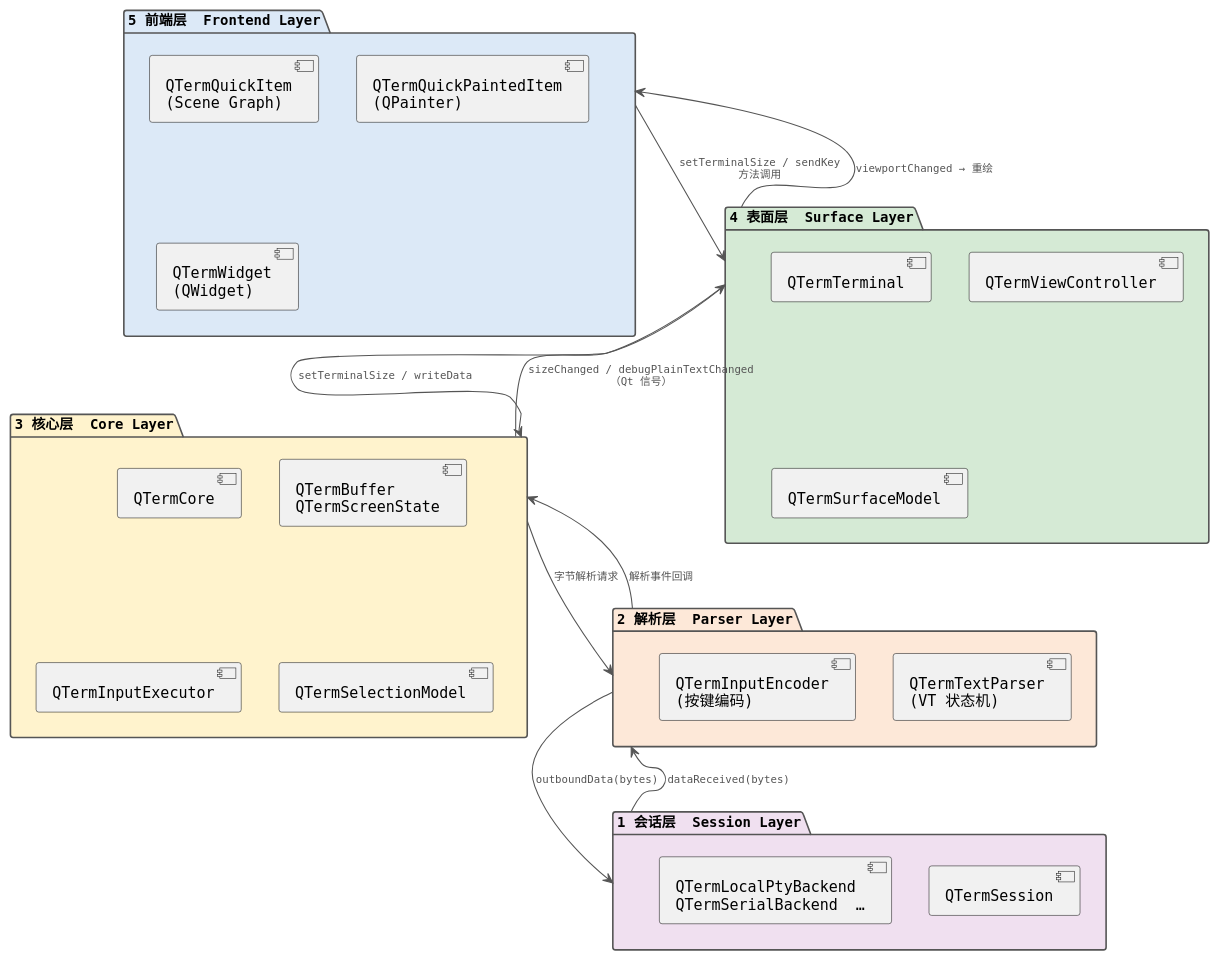
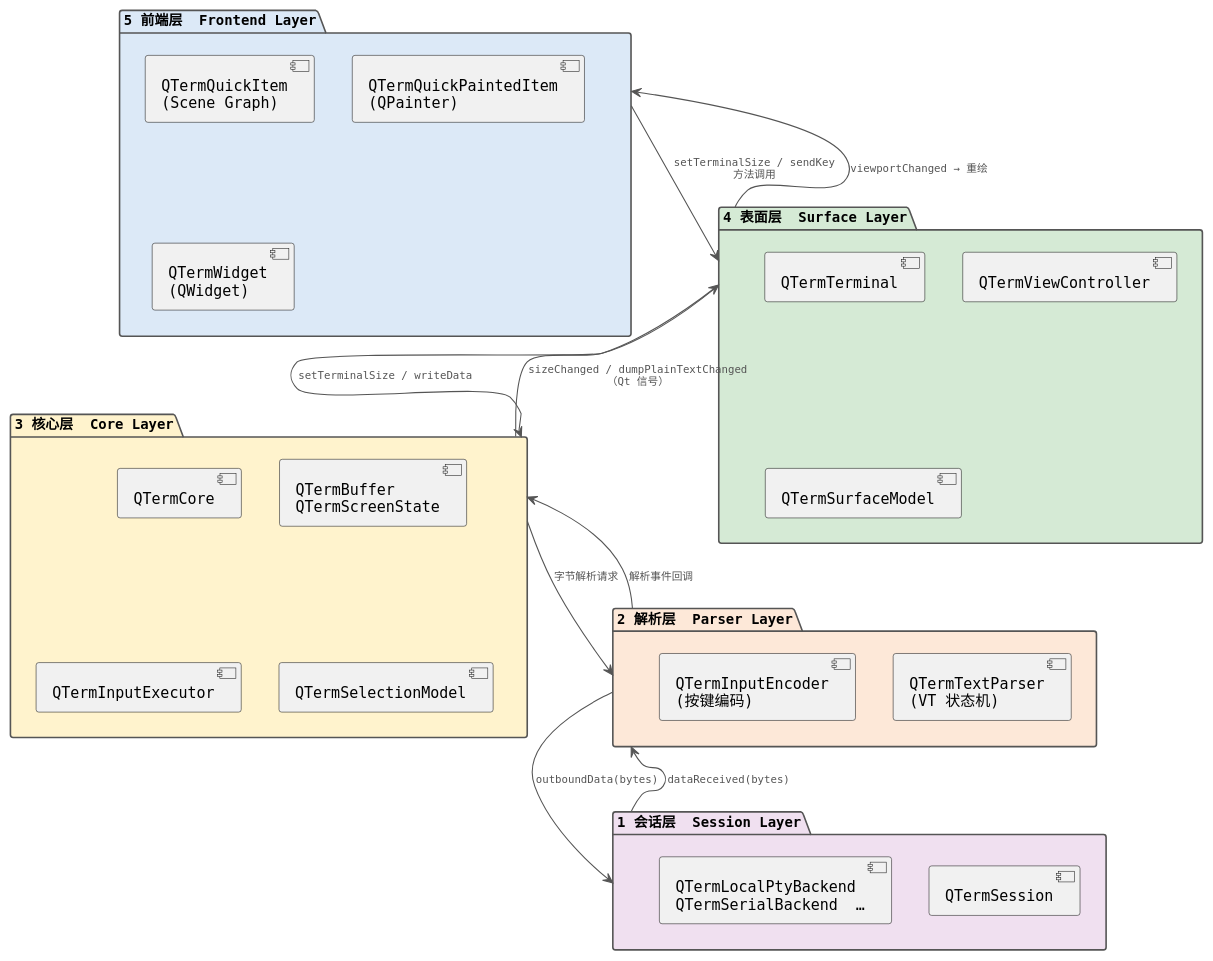
Before and after one commit to JunchongTang/qterm: the diagram in docs/architecture/overview.md, drawn with PlantUML. The commit also changed other lines of this file and 14 other files, not shown here.

First line of the commit message:
refactor: rename debugPlainText to dumpPlainText across the codebase

````diff
--- a/docs/architecture/overview.md
+++ b/docs/architecture/overview.md
@@ -5,54 +5,54 @@
 ```plantuml
 @startuml qterm-architecture
 skinparam {
     BackgroundColor transparent
     DefaultFontName monospaced
     PackageBorderColor #555
     PackageFontStyle bold
     PackageFontSize 13
     NoteFontSize 11
     ArrowColor #555
     ArrowFontSize 10
     ArrowFontColor #555
 }
 
 package "5 前端层  Frontend Layer" as FE #dce9f7 {
     component "QTermQuickItem\n(Scene Graph)" as QSG
     component "QTermQuickPaintedItem\n(QPainter)" as QPainted
     component "QTermWidget\n(QWidget)" as QWidget
 }
 
 package "4 表面层  Surface Layer" as SU #d5ead5 {
     component "QTermTerminal" as Terminal
     component "QTermViewController" as VC
     component "QTermSurfaceModel" as SM
 }
 
 package "3 核心层  Core Layer" as CO #fff3cd {
     component "QTermCore" as Core
     component "QTermBuffer\nQTermScreenState" as Buffer
     component "QTermInputExecutor" as Executor
     component "QTermSelectionModel" as Selection
 }
 
 package "2 解析层  Parser Layer" as PA #fde8d8 {
     component "QTermTextParser\n(VT 状态机)" as Parser
     component "QTermInputEncoder\n(按键编码)" as Encoder
 }
 
 package "1 会话层  Session Layer" as SE #f0e0f0 {
     component "QTermSession" as Session
     component "QTermLocalPtyBackend\nQTermSerialBackend  …" as Backend
 }
 
 FE -down-> SU : setTerminalSize / sendKey\n方法调用
 SU -down-> CO : setTerminalSize / writeData
 CO -down-> PA : 字节解析请求
 PA -down-> SE : outboundData(bytes)
 
 SE -up-> PA : dataReceived(bytes)
 PA -up-> CO : 解析事件回调
-CO -up-> SU : sizeChanged / debugPlainTextChanged\n（Qt 信号）
+CO -up-> SU : sizeChanged / dumpPlainTextChanged\n（Qt 信号）
 SU -up-> FE : viewportChanged → 重绘
 @enduml
 ```
````
